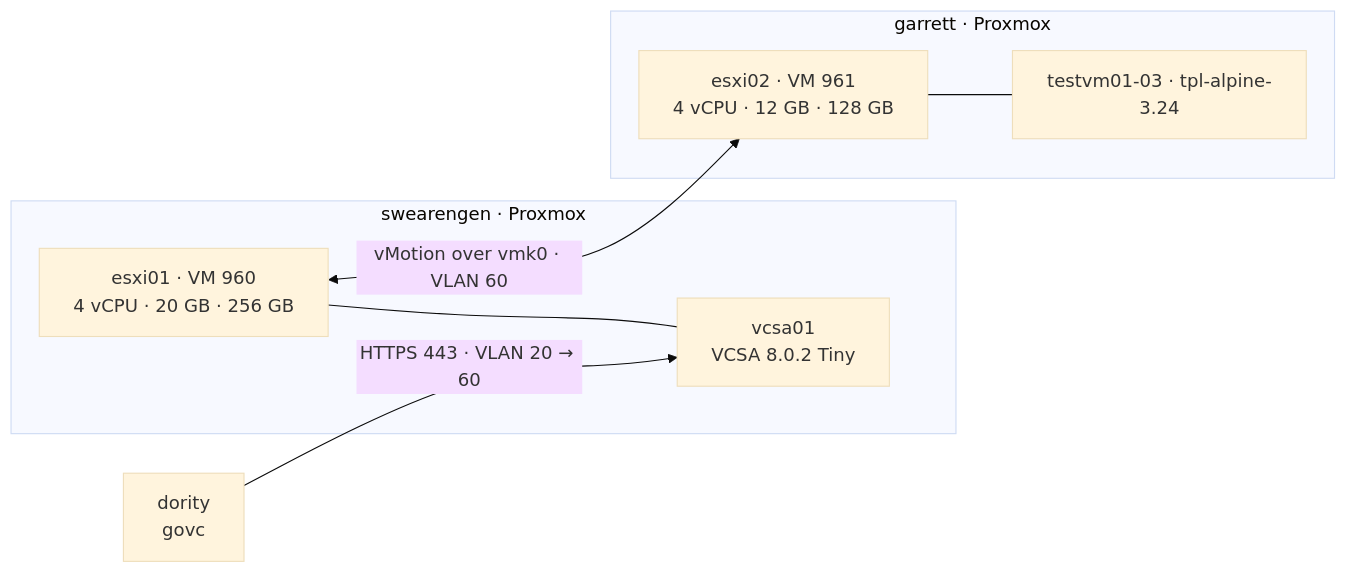
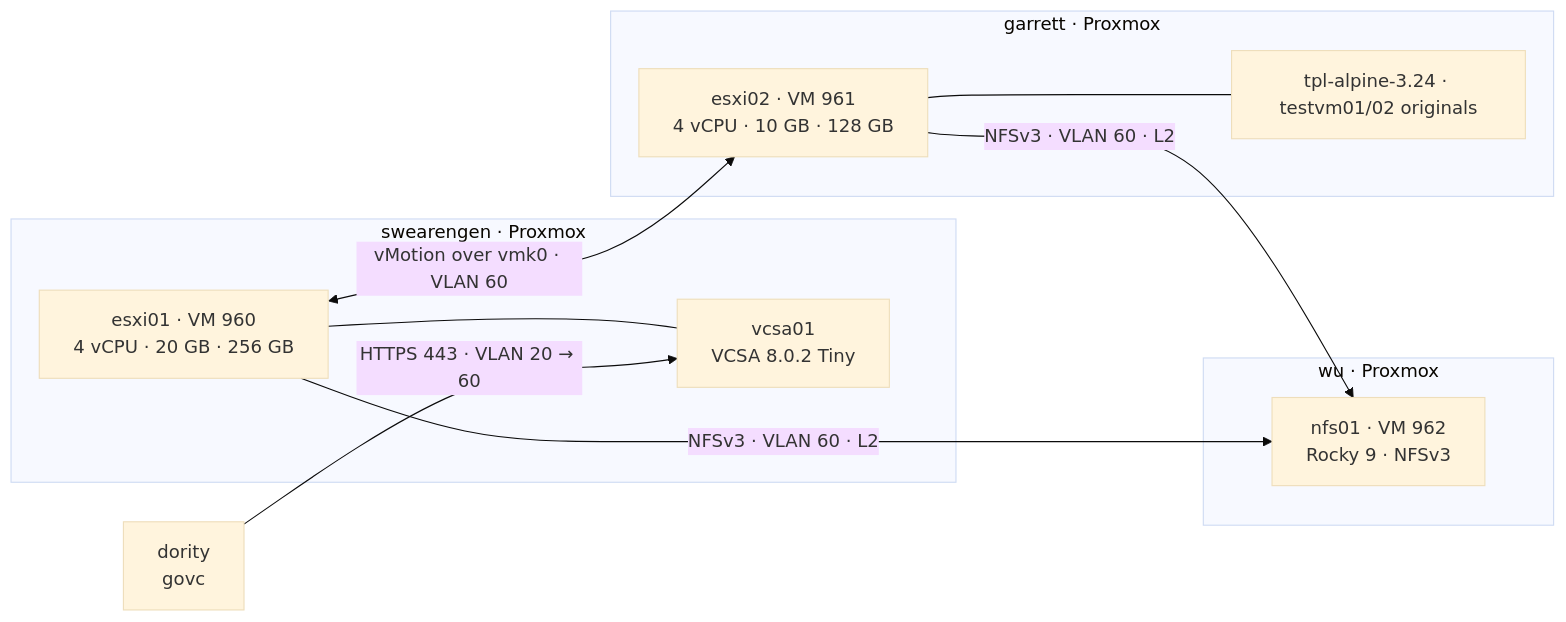
The diagram in VSPHERE-NESTED-LAB.md (greenbeanorg/homelab-docs), drawn with Mermaid (base theme) before and after one commit. The commit also changed other lines of this file, not shown here.

Commit message:
vSphere lab: NFS datastore, shared-storage vMotion, HA failover test, CPU-model and EVC results

````diff
--- a/VSPHERE-NESTED-LAB.md
+++ b/VSPHERE-NESTED-LAB.md
@@ -42,15 +51,20 @@
 ```mermaid
 flowchart LR
     subgraph SW [swearengen · Proxmox]
         E1[esxi01 · VM 960<br/>4 vCPU · 20 GB · 256 GB]
         V[vcsa01<br/>VCSA 8.0.2 Tiny]
         E1 --- V
     end
     subgraph GA [garrett · Proxmox]
-        E2[esxi02 · VM 961<br/>4 vCPU · 12 GB · 128 GB]
-        T[testvm01-03 · tpl-alpine-3.24]
+        E2[esxi02 · VM 961<br/>4 vCPU · 10 GB · 128 GB]
+        T[tpl-alpine-3.24 · testvm01/02 originals]
         E2 --- T
+    end
+    subgraph WU [wu · Proxmox]
+        N[nfs01 · VM 962<br/>Rocky 9 · NFSv3]
     end
     D[dority<br/>govc] -- "HTTPS 443 · VLAN 20 → 60" --> V
     E1 <-- "vMotion over vmk0 · VLAN 60" --> E2
+    E1 -- "NFSv3 · VLAN 60 · L2" --> N
+    E2 -- "NFSv3 · VLAN 60 · L2" --> N
 ```
````
